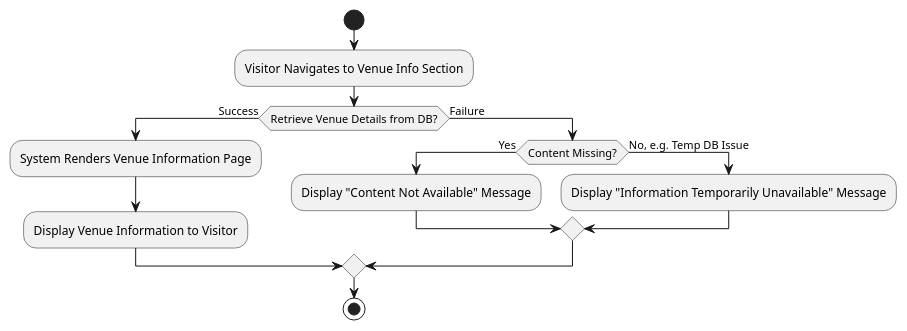
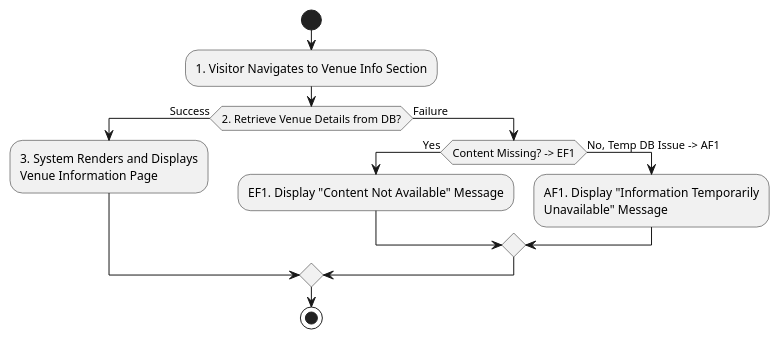
The third of 36 diagrams in Academic version/appendix: SRS.md (7azmi/Al-Muneer-Portal), drawn with PlantUML before and after one commit. The commit also changed other lines of this file and 10 other files, not shown here.

````diff
--- a/Academic version/appendix: SRS.md
+++ b/Academic version/appendix: SRS.md
@@ -415,17 +421,16 @@
 ```plantuml
 @startuml
 start
-:Visitor Navigates to Venue Info Section;
-if (Retrieve Venue Details from DB?) then (Success)
-  :System Renders Venue Information Page;
-  :Display Venue Information to Visitor;
+:1. Visitor Navigates to Venue Info Section;
+if (2. Retrieve Venue Details from DB?) then (Success)
+  :3. System Renders and Displays\nVenue Information Page;
 else (Failure)
-  if (Content Missing?) then (Yes)
-    :Display "Content Not Available" Message;
-  else (No, e.g. Temp DB Issue)
-    :Display "Information Temporarily Unavailable" Message;
+  if (Content Missing? -> EF1) then (Yes)
+    :EF1. Display "Content Not Available" Message;
+  else (No, Temp DB Issue -> AF1)
+    :AF1. Display "Information Temporarily\nUnavailable" Message;
   endif
 endif
 stop
 @enduml
 ```
````
